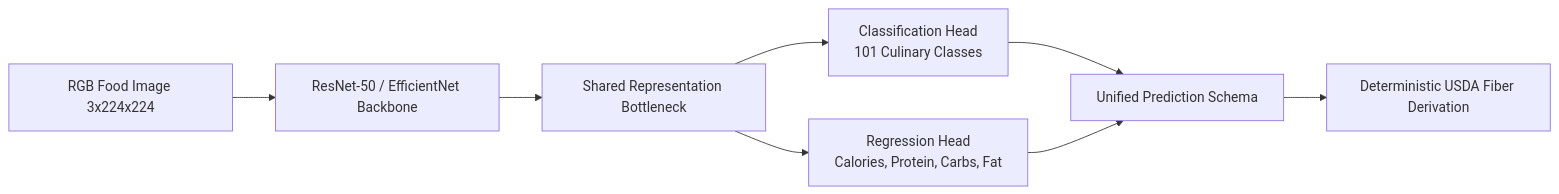
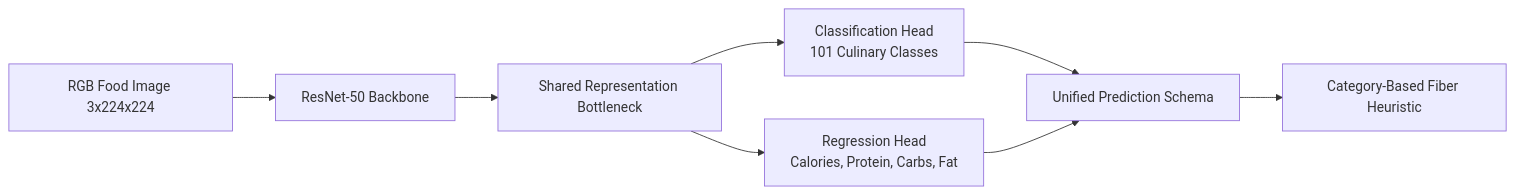
Before and after one commit to KARANVISHWAJYOTH/Food-Image-Calorie-Estimator: the first of 4 diagrams in VIVA_2_PREPARATION_GUIDE.md, drawn with Mermaid. The commit also changed other lines of this file and 35 other files, not shown here.

````diff
--- a/VIVA_2_PREPARATION_GUIDE.md
+++ b/VIVA_2_PREPARATION_GUIDE.md
@@ -41,10 +41,10 @@
 ```mermaid
 flowchart LR
-    Img[RGB Food Image 3x224x224] --> Backbone[ResNet-50 / EfficientNet Backbone]
+    Img[RGB Food Image 3x224x224] --> Backbone[ResNet-50 Backbone]
     Backbone --> Latent[Shared Representation Bottleneck]
     Latent --> HeadCls[Classification Head<br/>101 Culinary Classes]
     Latent --> HeadReg[Regression Head<br/>Calories, Protein, Carbs, Fat]
     HeadCls --> OutputJSON[Unified Prediction Schema]
     HeadReg --> OutputJSON
-    OutputJSON --> FiberDerive[Deterministic USDA Fiber Derivation]
+    OutputJSON --> FiberDerive[Category-Based Fiber Heuristic]
 ```
````
